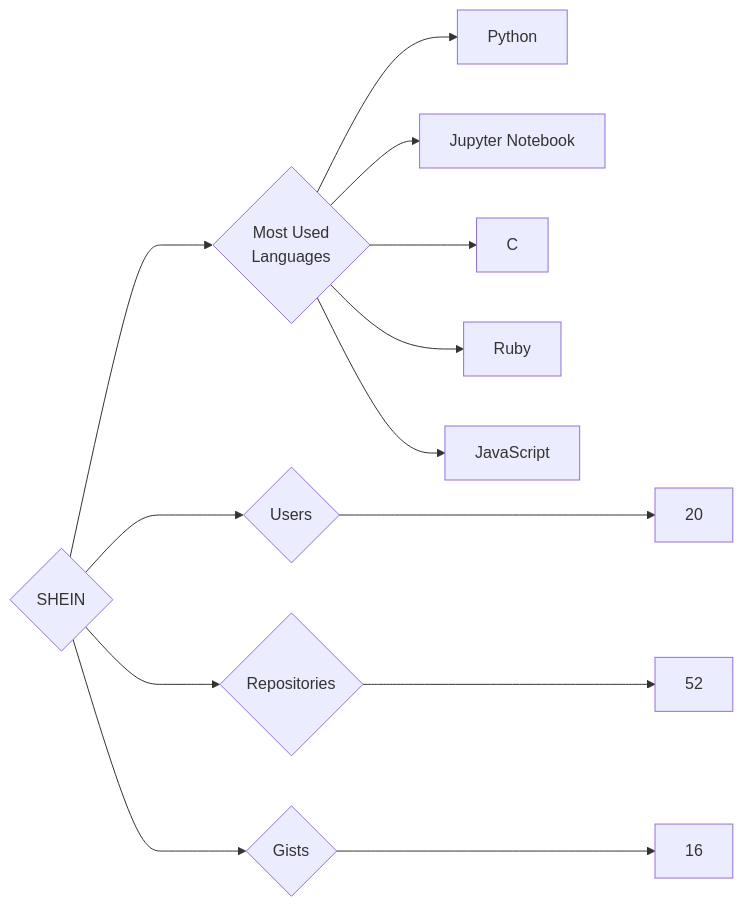
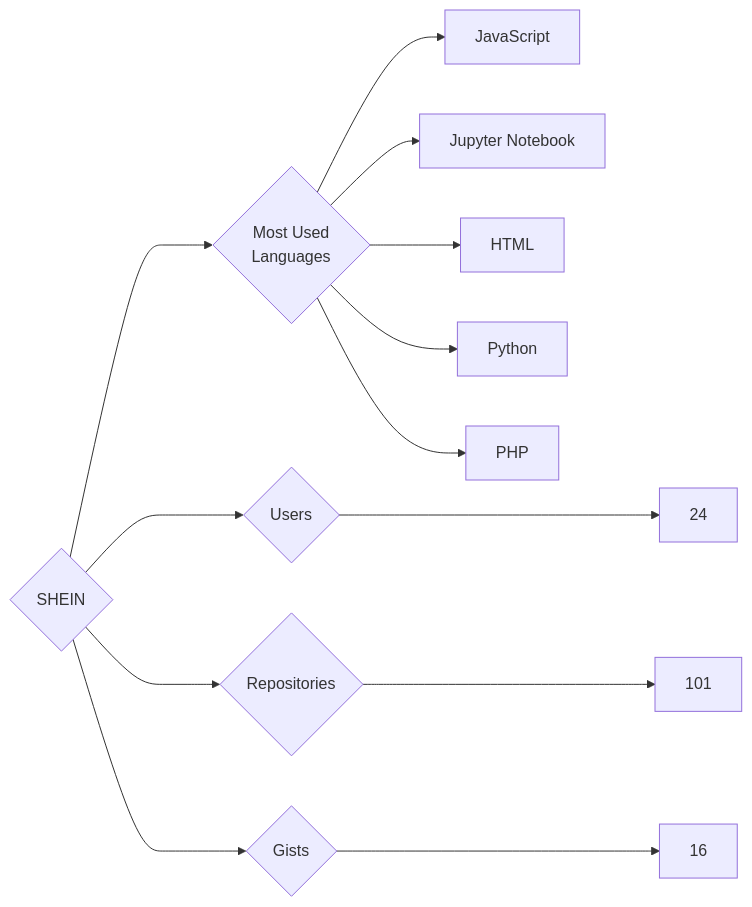
The diagram in targets/SHEIN/README.md (trickest/insiders), drawn with Mermaid before and after one commit. The commit also changed 770 other files, not shown here.

````diff
--- a/targets/SHEIN/README.md
+++ b/targets/SHEIN/README.md
@@ -3,13 +3,13 @@
 ```mermaid
 graph LR
 COMPANY_NAME{SHEIN}
-COMPANY_NAME ---> U{Users} ---> UN[20]
-COMPANY_NAME ---> R{Repositories} ---> RN[52]
+COMPANY_NAME ---> U{Users} ---> UN[24]
+COMPANY_NAME ---> R{Repositories} ---> RN[101]
 COMPANY_NAME ---> G{Gists} ---> GN[16]
 COMPANY_NAME ---> ML{Most Used<br>Languages}
+ML --> JavaScript[JavaScript]
+ML --> Jupyter_Notebook[Jupyter Notebook]
+ML --> HTML[HTML]
 ML --> Python[Python]
-ML --> Jupyter_Notebook[Jupyter Notebook]
-ML --> C[C]
-ML --> Ruby[Ruby]
-ML --> JavaScript[JavaScript]
+ML --> PHP[PHP]
 ```
````
